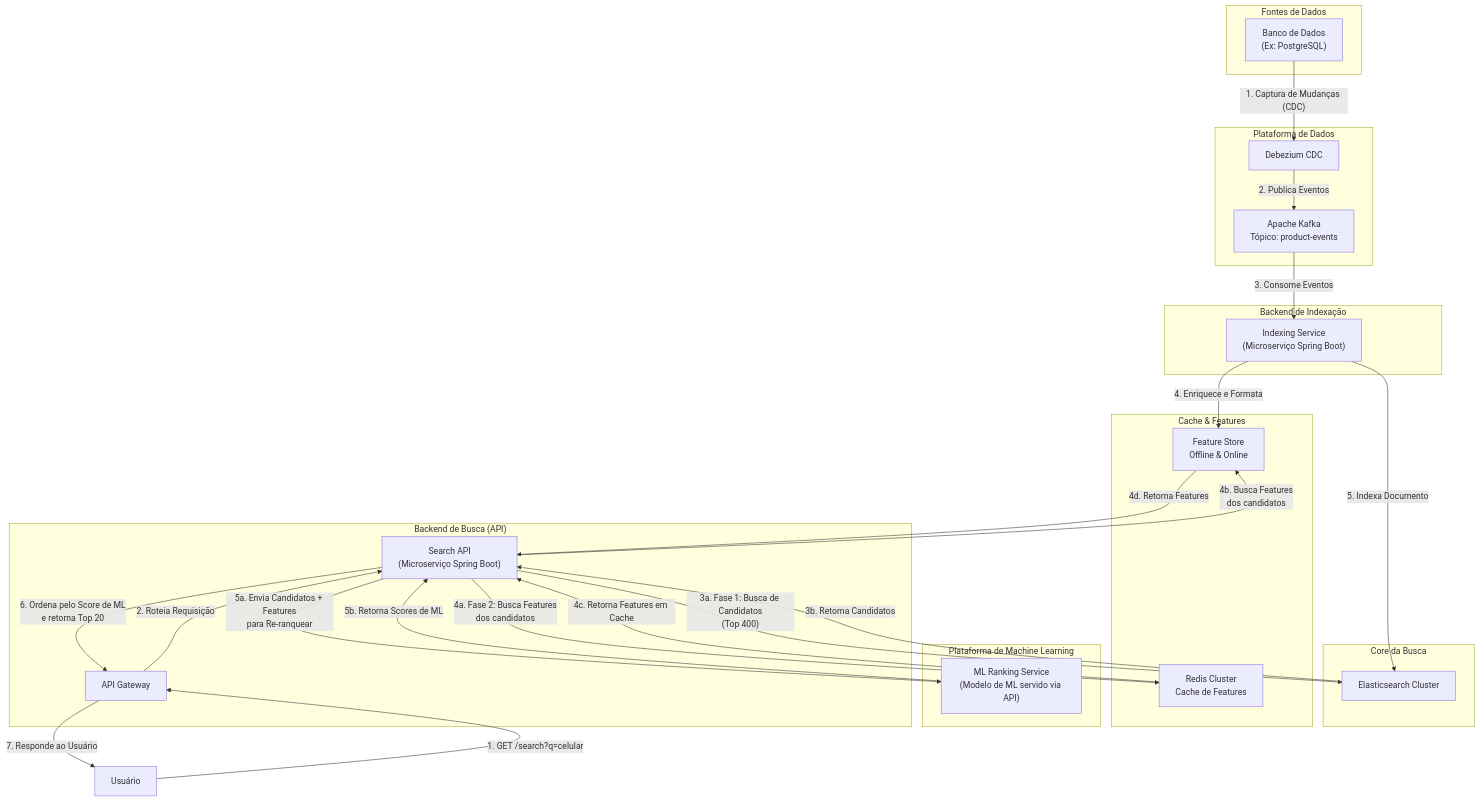
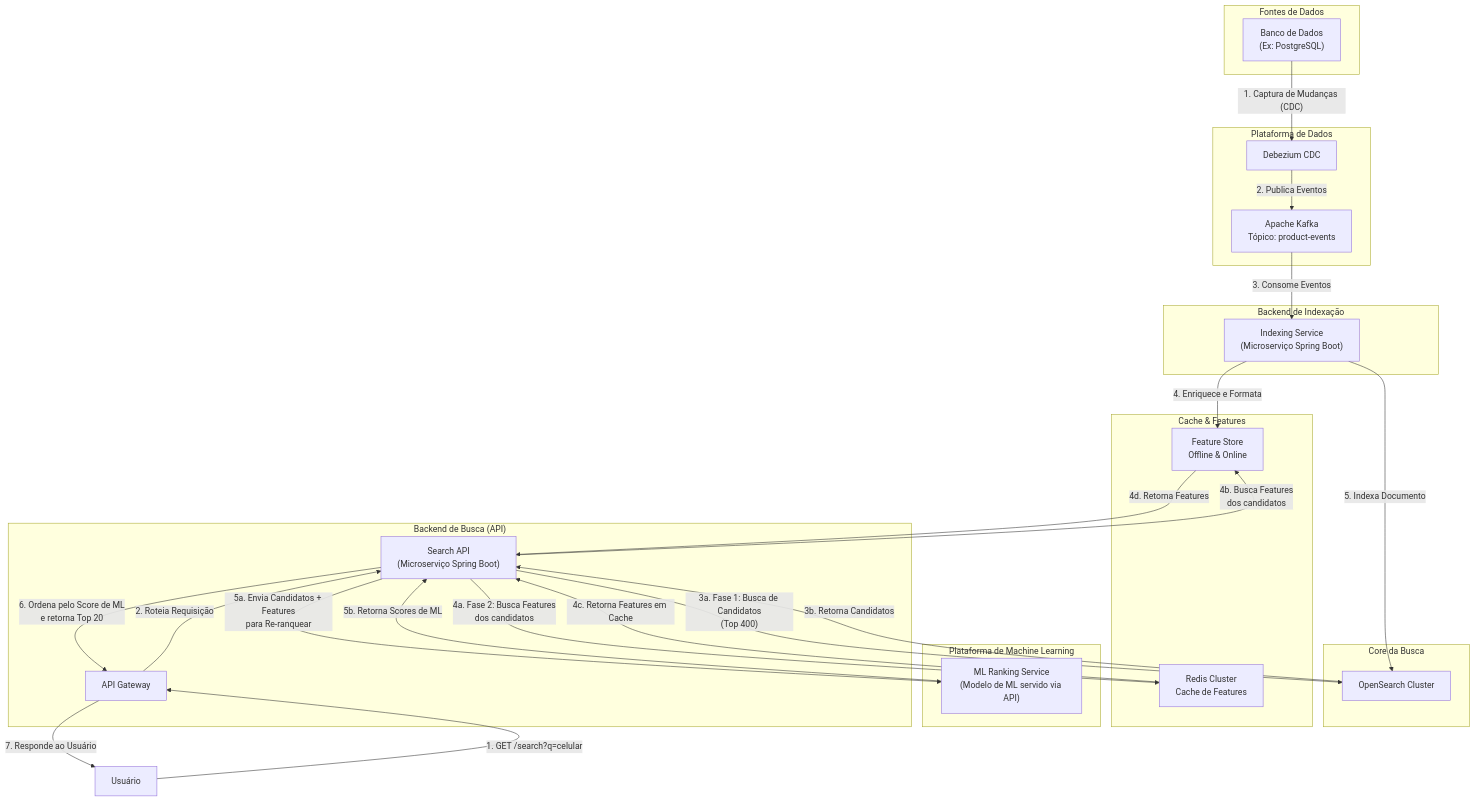
Before and after one commit to pablords/marketplace-search-system: the diagram in README.md, drawn with Mermaid. The commit also changed other lines of this file and 40 other files, not shown here.

````diff
--- a/README.md
+++ b/README.md
@@ -278,58 +278,58 @@
 ```mermaid
 
 graph TD
     subgraph "Fontes de Dados"
         DB["Banco de Dados<br>(Ex: PostgreSQL)"]
     end
 
     subgraph "Plataforma de Dados"
         CDC[Debezium CDC]
         KAFKA["Apache Kafka<br>Tópico: product-events"]
     end
 
     subgraph "Backend de Indexação"
         IDX_SVC["Indexing Service<br>(Microserviço Spring Boot)"]
     end
 
     subgraph "Core da Busca"
-        ELASTIC[Elasticsearch Cluster]
+        ELASTIC[OpenSearch Cluster]
     end
 
     subgraph "Cache & Features"
         REDIS["Redis Cluster<br>Cache de Features"]
         FS["Feature Store<br>Offline & Online"]
     end
     
     subgraph "Plataforma de Machine Learning"
         ML_MODEL["ML Ranking Service<br>(Modelo de ML servido via API)"]
     end
 
     subgraph "Backend de Busca (API)"
         API_GW[API Gateway]
         SEARCH_API["Search API<br>(Microserviço Spring Boot)"]
     end
 
     USER[Usuário]
 
     %% FLUXO DE INDEXAÇÃO (ESCRITA)
     DB --"1. Captura de Mudanças (CDC)"--> CDC
     CDC --"2. Publica Eventos"--> KAFKA
     KAFKA --"3. Consome Eventos"--> IDX_SVC
     IDX_SVC --"4. Enriquece e Formata"--> FS
     IDX_SVC --"5. Indexa Documento"--> ELASTIC
 
     %% FLUXO DE BUSCA (LEITURA)
     USER --"1. GET /search?q=celular"--> API_GW
     API_GW --"2. Roteia Requisição"--> SEARCH_API
     SEARCH_API --"3a. Fase 1: Busca de Candidatos<br>(Top 400)"--> ELASTIC
     ELASTIC --"3b. Retorna Candidatos"--> SEARCH_API
     SEARCH_API --"4a. Fase 2: Busca Features<br>dos candidatos"--> REDIS
     SEARCH_API --"4b. Busca Features<br>dos candidatos"--> FS
     REDIS --"4c. Retorna Features em Cache"--> SEARCH_API
     FS --"4d. Retorna Features"--> SEARCH_API
     SEARCH_API --"5a. Envia Candidatos + Features<br>para Re-ranquear"--> ML_MODEL
     ML_MODEL --"5b. Retorna Scores de ML"--> SEARCH_API
     SEARCH_API --"6. Ordena pelo Score de ML<br>e retorna Top 20"--> API_GW
     API_GW --"7. Responde ao Usuário"--> USER
 
 ```
````
